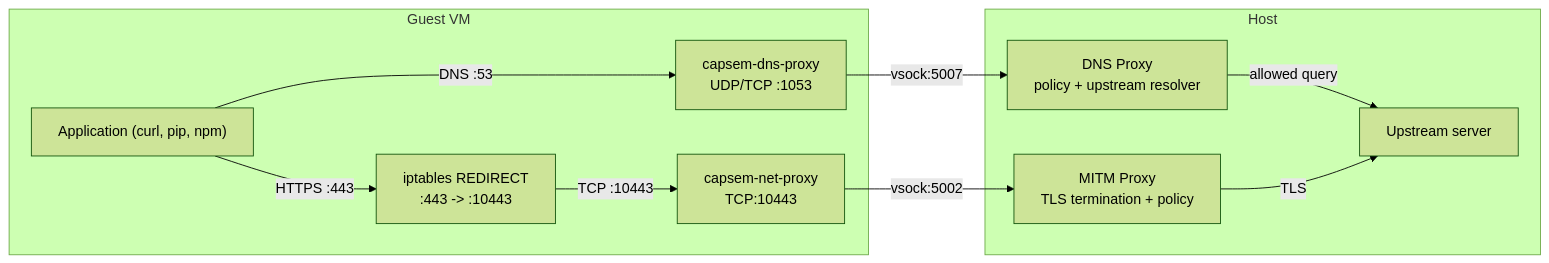
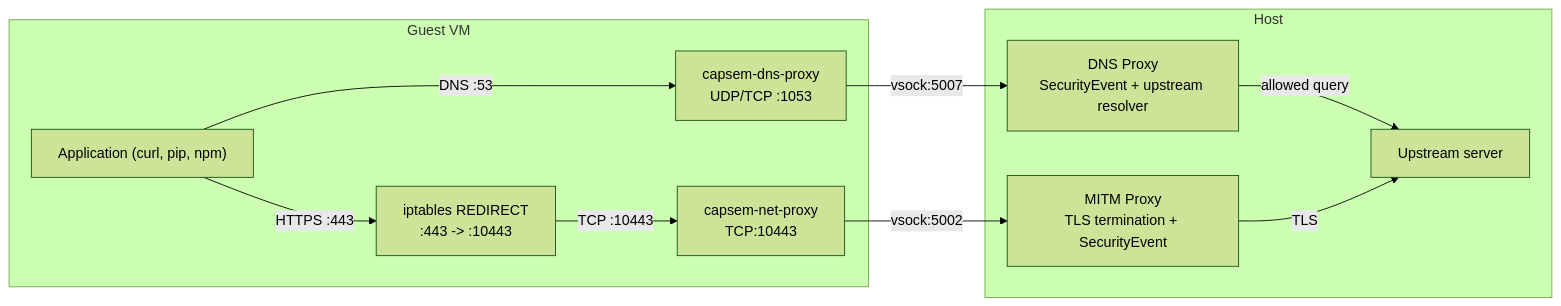
Before and after one commit to google/capsem: the first of 2 diagrams in docs/src/content/docs/security/network-isolation.md, drawn with Mermaid (forest theme). The commit also changed other lines of this file and 6 other files, not shown here.

````diff
--- a/docs/src/content/docs/security/network-isolation.md
+++ b/docs/src/content/docs/security/network-isolation.md
@@ -12,23 +15,23 @@
 ```mermaid
 graph LR
     subgraph "Guest VM"
         APP["Application (curl, pip, npm)"]
         DNS["capsem-dns-proxy<br/>UDP/TCP :1053"]
         IPT["iptables REDIRECT<br/>:443 -> :10443"]
         NP["capsem-net-proxy<br/>TCP:10443"]
     end
 
     subgraph "Host"
-        HDNS["DNS Proxy<br/>policy + upstream resolver"]
-        MITM["MITM Proxy<br/>TLS termination + policy"]
+        HDNS["DNS Proxy<br/>SecurityEvent + upstream resolver"]
+        MITM["MITM Proxy<br/>TLS termination + SecurityEvent"]
         UP["Upstream server"]
     end
 
     APP -->|DNS :53| DNS
     DNS -->|vsock:5007| HDNS
     HDNS -->|allowed query| UP
     APP -->|HTTPS :443| IPT
     IPT -->|TCP :10443| NP
     NP -->|vsock:5002| MITM
     MITM -->|TLS| UP
 ```
````
